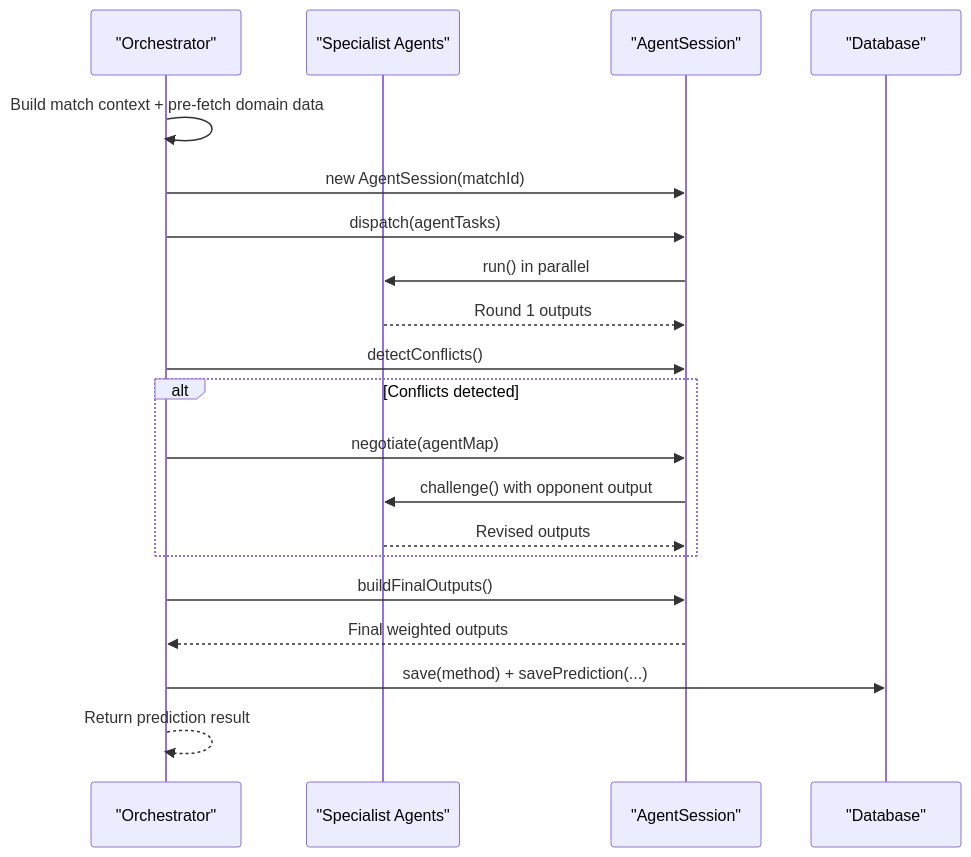
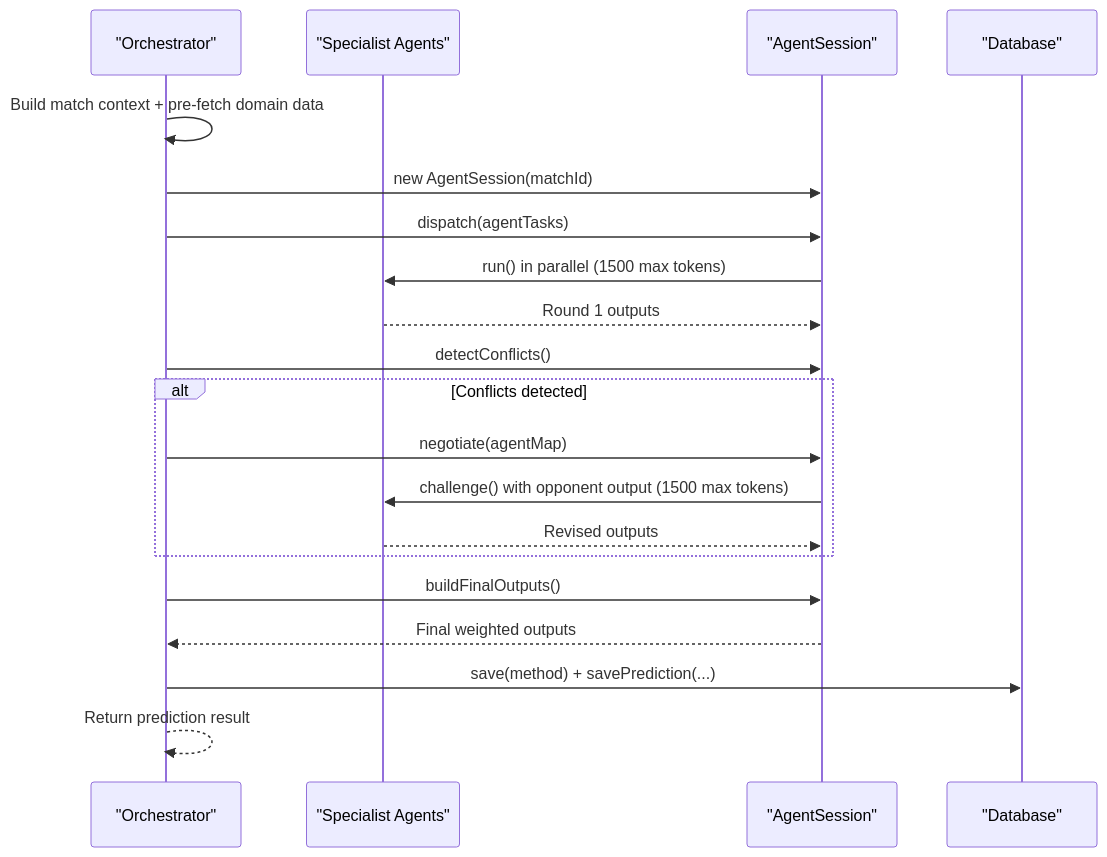
One commit to cheesiong/WC26-qwen changed the second of 10 diagrams in .qoder/repowiki/en/content/Multi-Agent AI System/Agent Framework Design.md. Above: the diagram before and after it, drawn with Mermaid. The commit also changed other lines of this file and 49 other files, not shown here.

````diff
--- a/.qoder/repowiki/en/content/Multi-Agent AI System/Agent Framework Design.md
+++ b/.qoder/repowiki/en/content/Multi-Agent AI System/Agent Framework Design.md
@@ -110,22 +121,22 @@
 ```mermaid
 sequenceDiagram
 participant Orchestrator as "Orchestrator"
 participant Agents as "Specialist Agents"
 participant Session as "AgentSession"
 participant DB as "Database"
 Orchestrator->>Orchestrator : Build match context + pre-fetch domain data
 Orchestrator->>Session : new AgentSession(matchId)
 Orchestrator->>Session : dispatch(agentTasks)
-Session->>Agents : run() in parallel
+Session->>Agents : run() in parallel (1500 max tokens)
 Agents-->>Session : Round 1 outputs
 Orchestrator->>Session : detectConflicts()
 alt Conflicts detected
 Orchestrator->>Session : negotiate(agentMap)
-Session->>Agents : challenge() with opponent output
+Session->>Agents : challenge() with opponent output (1500 max tokens)
 Agents-->>Session : Revised outputs
 end
 Orchestrator->>Session : buildFinalOutputs()
 Session-->>Orchestrator : Final weighted outputs
 Orchestrator->>DB : save(method) + savePrediction(...)
 Orchestrator-->>Orchestrator : Return prediction result
 ```
````
